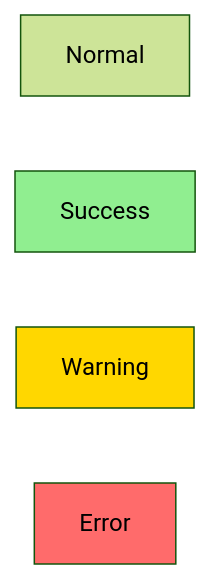
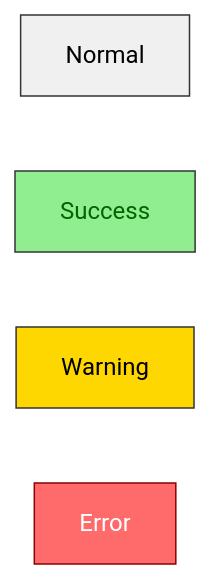
One commit to SpillwaveSolutions/design-doc-mermaid changed diagram 11 of 20 in references/mermaid-diagram-guide.md. Above: the diagram before and after it, drawn with Mermaid (forest theme). The commit also changed other lines of this file and 2 other files, not shown here.

````diff
--- a/references/mermaid-diagram-guide.md
+++ b/references/mermaid-diagram-guide.md
@@ -413,11 +419,12 @@
 ```mermaid
 graph LR
     A[Normal]
     B[Success]
     C[Warning]
     D[Error]
 
-    style B fill:#90EE90
-    style C fill:#FFD700
-    style D fill:#FF6B6B
+    style A fill:#F0F0F0,stroke:#333,color:black
+    style B fill:#90EE90,stroke:#333,color:darkgreen
+    style C fill:#FFD700,stroke:#333,color:black
+    style D fill:#FF6B6B,stroke:#8B0000,color:white
 ```
````
